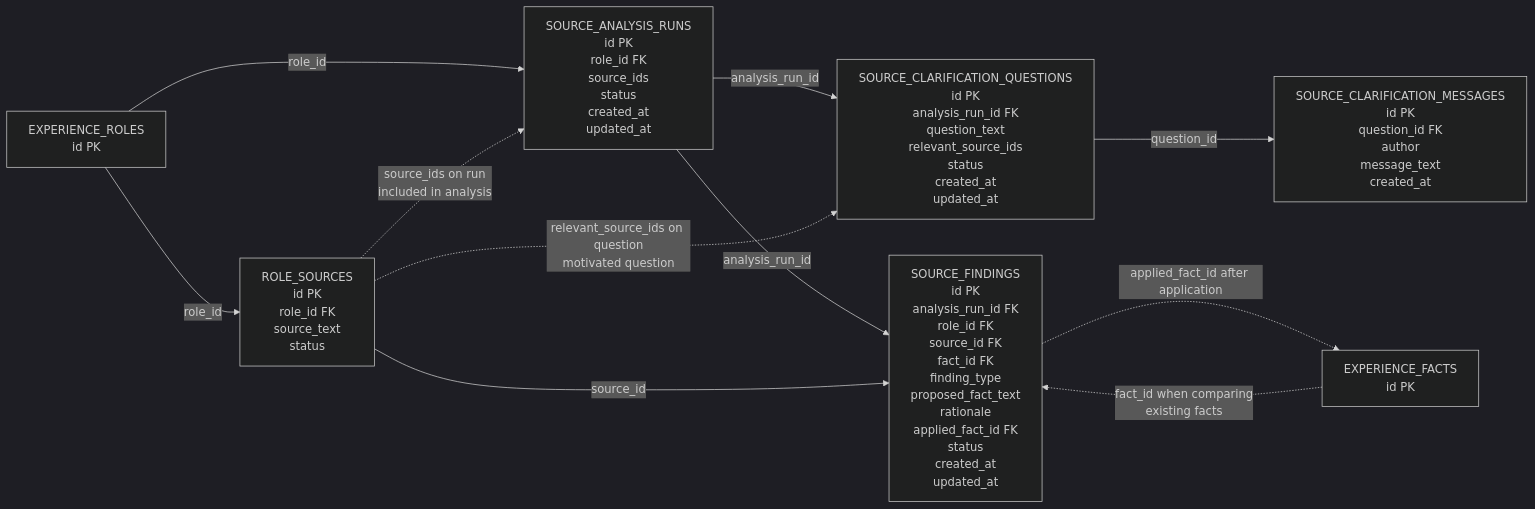
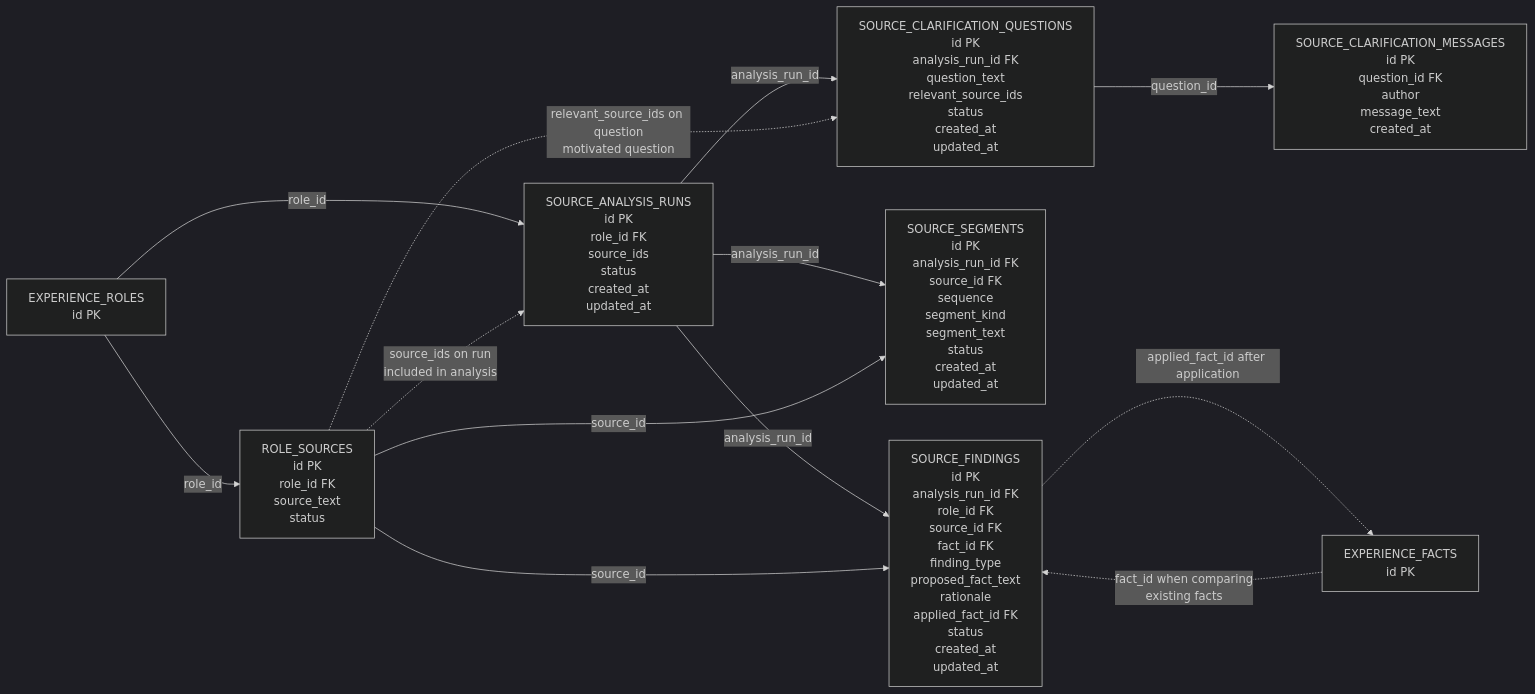
One commit to rsauers0/career-agent changed the fourth of 6 diagrams in docs/er-diagram.md. Above: the diagram before and after it, drawn with Mermaid (dark theme). The commit also changed other lines of this file and 14 other files, not shown here.

First line of the commit message:
Add source segment artifacts

````diff
--- a/docs/er-diagram.md
+++ b/docs/er-diagram.md
@@ -74,27 +74,31 @@
 ```mermaid
 flowchart LR
     Roles["EXPERIENCE_ROLES<br/>id PK"]
 
     Sources["ROLE_SOURCES<br/>id PK<br/>role_id FK<br/>source_text<br/>status"]
 
     Runs["SOURCE_ANALYSIS_RUNS<br/>id PK<br/>role_id FK<br/>source_ids<br/>status<br/>created_at<br/>updated_at"]
 
     Questions["SOURCE_CLARIFICATION_QUESTIONS<br/>id PK<br/>analysis_run_id FK<br/>question_text<br/>relevant_source_ids<br/>status<br/>created_at<br/>updated_at"]
 
     Messages["SOURCE_CLARIFICATION_MESSAGES<br/>id PK<br/>question_id FK<br/>author<br/>message_text<br/>created_at"]
 
+    Segments["SOURCE_SEGMENTS<br/>id PK<br/>analysis_run_id FK<br/>source_id FK<br/>sequence<br/>segment_kind<br/>segment_text<br/>status<br/>created_at<br/>updated_at"]
+
     Findings["SOURCE_FINDINGS<br/>id PK<br/>analysis_run_id FK<br/>role_id FK<br/>source_id FK<br/>fact_id FK<br/>finding_type<br/>proposed_fact_text<br/>rationale<br/>applied_fact_id FK<br/>status<br/>created_at<br/>updated_at"]
 
     Facts["EXPERIENCE_FACTS<br/>id PK"]
 
     Roles -->|"role_id"| Sources
     Roles -->|"role_id"| Runs
     Sources -. "source_ids on run<br/>included in analysis" .-> Runs
     Runs -->|"analysis_run_id"| Questions
+    Runs -->|"analysis_run_id"| Segments
     Runs -->|"analysis_run_id"| Findings
     Sources -. "relevant_source_ids on question<br/>motivated question" .-> Questions
+    Sources -->|"source_id"| Segments
     Sources -->|"source_id"| Findings
     Facts -. "fact_id when comparing<br/>existing facts" .-> Findings
     Findings -. "applied_fact_id after application" .-> Facts
     Questions -->|"question_id"| Messages
 ```
````
